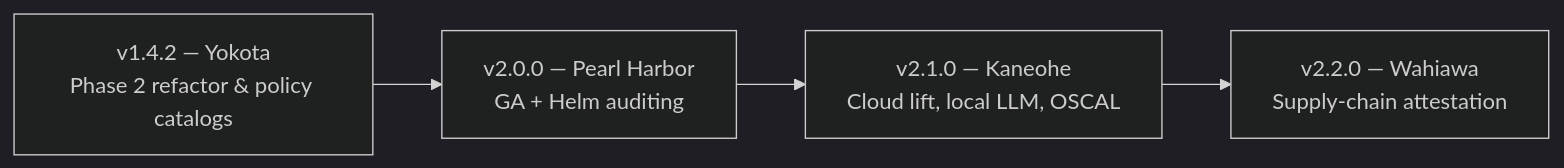
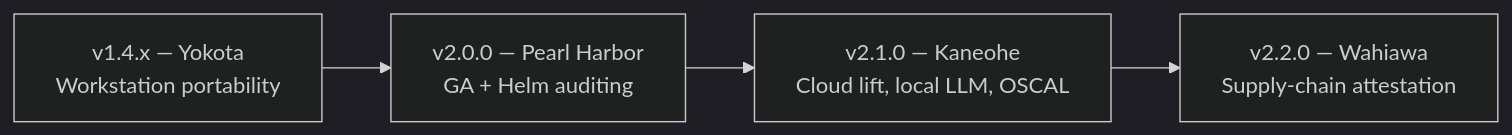
The diagram in hygiene/ROADMAP.md (eodartintlabs-hue/grc-xmini-public), drawn with Mermaid (dark theme) before and after one commit. The commit also changed other lines of this file and 18 other files, not shown here.

Commit message:
Release v1.4.2 (Yokota): Code Review Phase 2 refactoring, policy catalogs, and GRC-xMINI logo update

````diff
--- a/hygiene/ROADMAP.md
+++ b/hygiene/ROADMAP.md
@@ -30,6 +30,6 @@
 ```mermaid
 flowchart LR
-    A["v1.4.2 — Yokota<br/>Phase 2 refactor & policy catalogs"] --> B["v2.0.0 — Pearl Harbor<br/>GA + Helm auditing"]
+    A["v1.4.x — Yokota<br/>Workstation portability"] --> B["v2.0.0 — Pearl Harbor<br/>GA + Helm auditing"]
     B --> C["v2.1.0 — Kaneohe<br/>Cloud lift, local LLM, OSCAL"]
     C --> D["v2.2.0 — Wahiawa<br/>Supply-chain attestation"]
 ```
````
